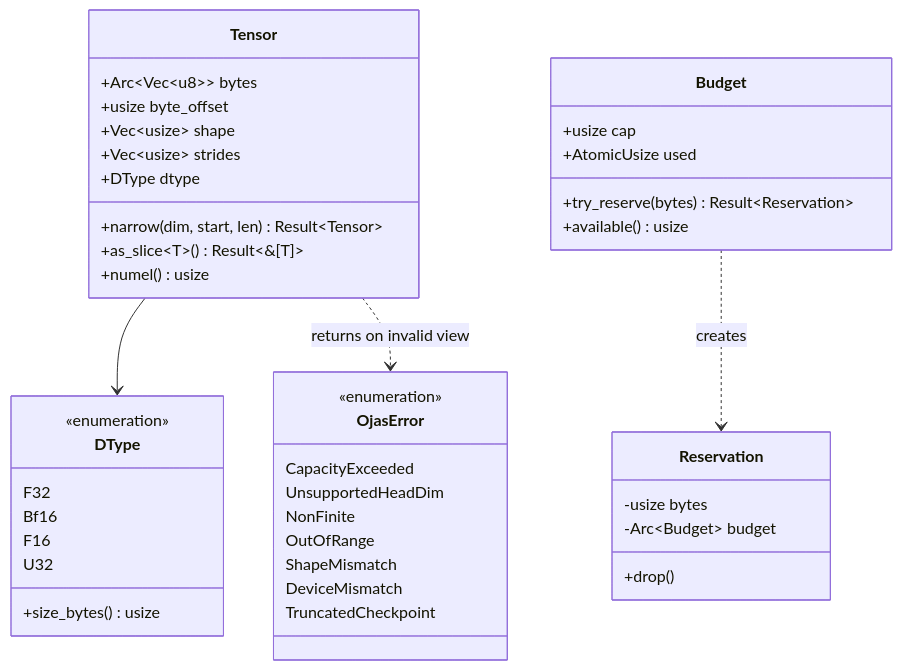
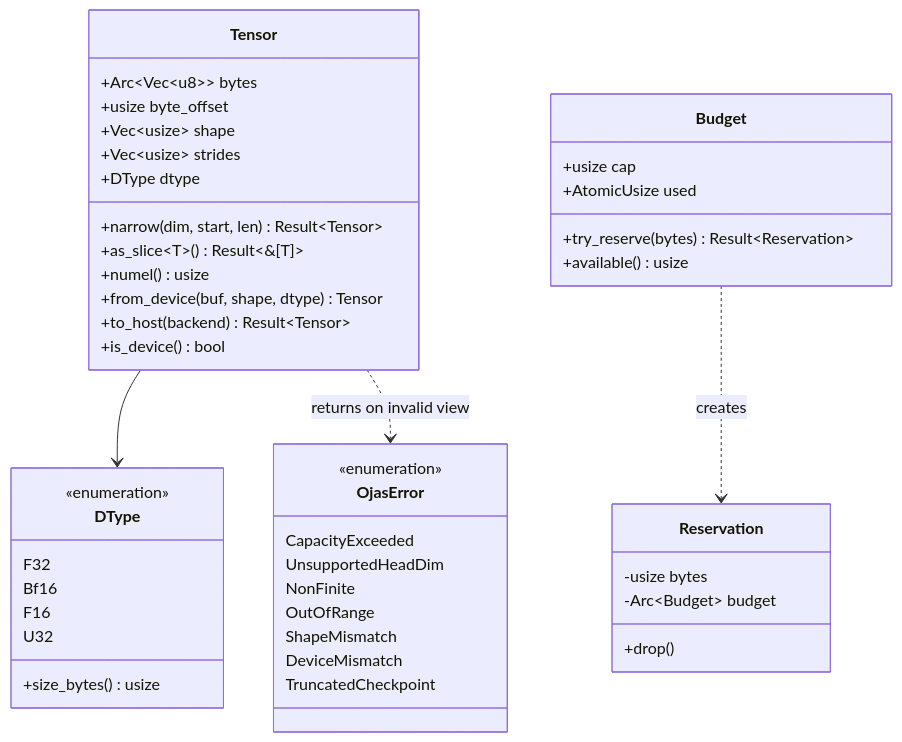
One commit to bharathvbcr/ojas changed the first of 4 diagrams in ojas-core/README.md. Above: the diagram before and after it, drawn with Mermaid. The commit also changed other lines of this file and 341 other files, not shown here.

````diff
--- a/ojas-core/README.md
+++ b/ojas-core/README.md
@@ -11,50 +11,53 @@
 ```mermaid
 classDiagram
     class Tensor {
         +Arc~Vec~u8~~ bytes
         +usize byte_offset
         +Vec~usize~ shape
         +Vec~usize~ strides
         +DType dtype
         +narrow(dim, start, len) Result~Tensor~
         +as_slice~T~() Result~&[T]~
         +numel() usize
+        +from_device(buf, shape, dtype) Tensor
+        +to_host(backend) Result~Tensor~
+        +is_device() bool
     }
 
     class Budget {
         +usize cap
         +AtomicUsize used
         +try_reserve(bytes) Result~Reservation~
         +available() usize
     }
 
     class Reservation {
         -usize bytes
         -Arc~Budget~ budget
         +drop()
     }
 
     class DType {
         <<enumeration>>
         F32
         Bf16
         F16
         U32
         +size_bytes() usize
     }
 
     class OjasError {
         <<enumeration>>
         CapacityExceeded
         UnsupportedHeadDim
         NonFinite
         OutOfRange
         ShapeMismatch
         DeviceMismatch
         TruncatedCheckpoint
     }
 
     Tensor --> DType
     Budget ..> Reservation : creates
     Tensor ..> OjasError : returns on invalid view
 ```
````
